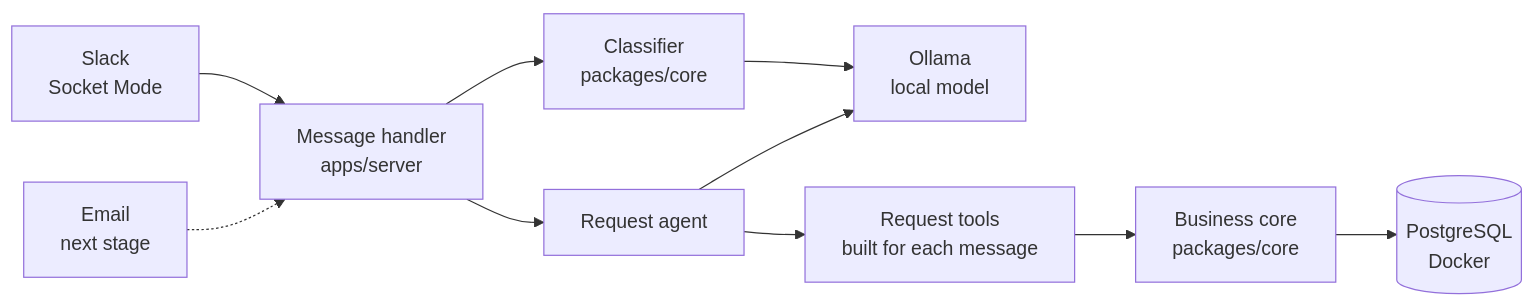
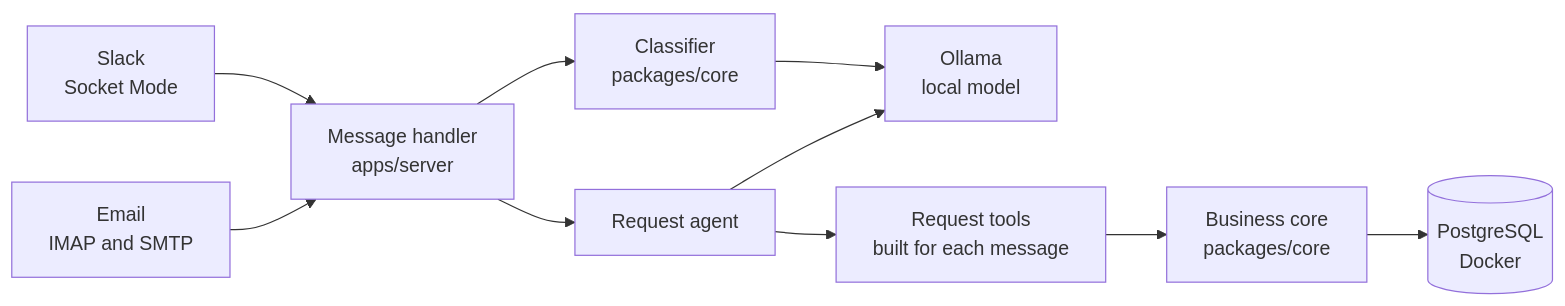
One commit to Alvi16/Request-agent changed the diagram in README.md. Above: the diagram before and after it, drawn with Mermaid. The commit also changed other lines of this file and 1 other file, not shown here.

Commit message:
docs: describe the email channel and its choices

````diff
--- a/README.md
+++ b/README.md
@@ -25,12 +25,12 @@
 ```mermaid
 flowchart LR
     Slack["Slack<br/>Socket Mode"] --> Handler["Message handler<br/>apps/server"]
-    Email["Email<br/>next stage"] -.-> Handler
+    Email["Email<br/>IMAP and SMTP"] --> Handler
     Handler --> Classifier["Classifier<br/>packages/core"]
     Classifier --> Ollama
     Handler --> Agent[Request agent]
     Agent --> Ollama["Ollama<br/>local model"]
     Agent --> Tools["Request tools<br/>built for each message"]
     Tools --> Core["Business core<br/>packages/core"]
     Core --> Postgres[("PostgreSQL<br/>Docker")]
 ```
````
